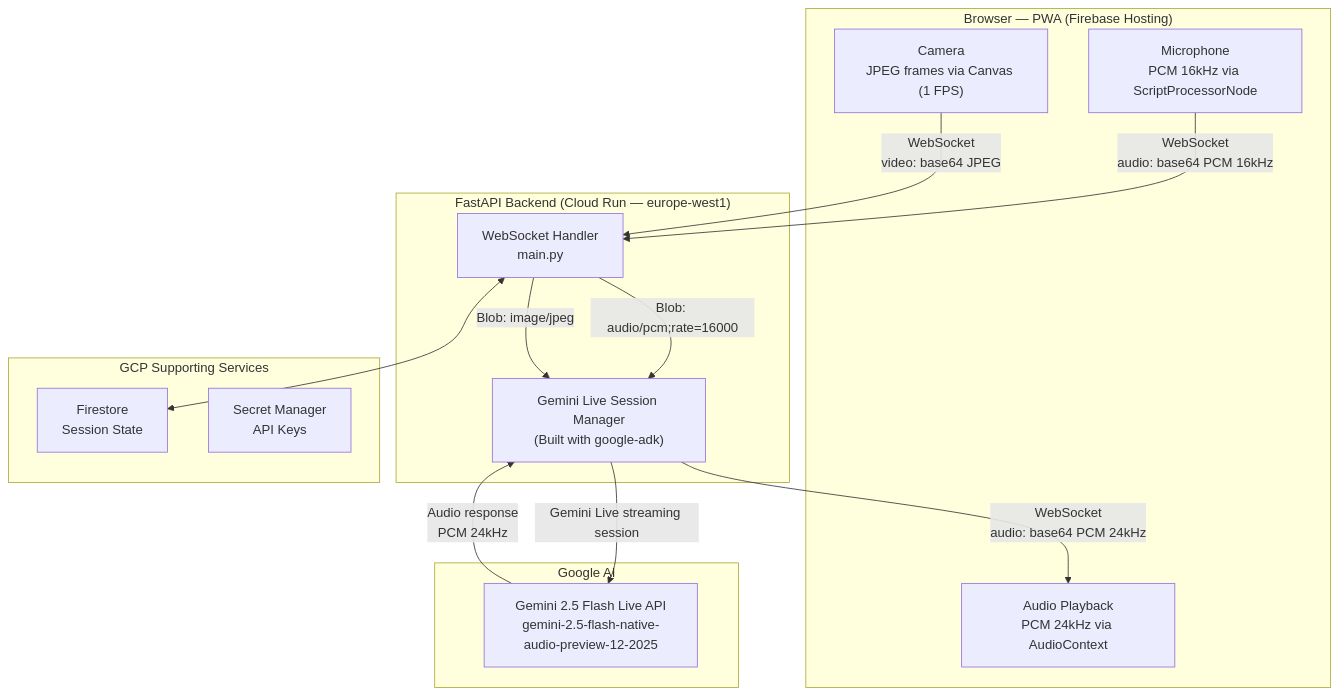
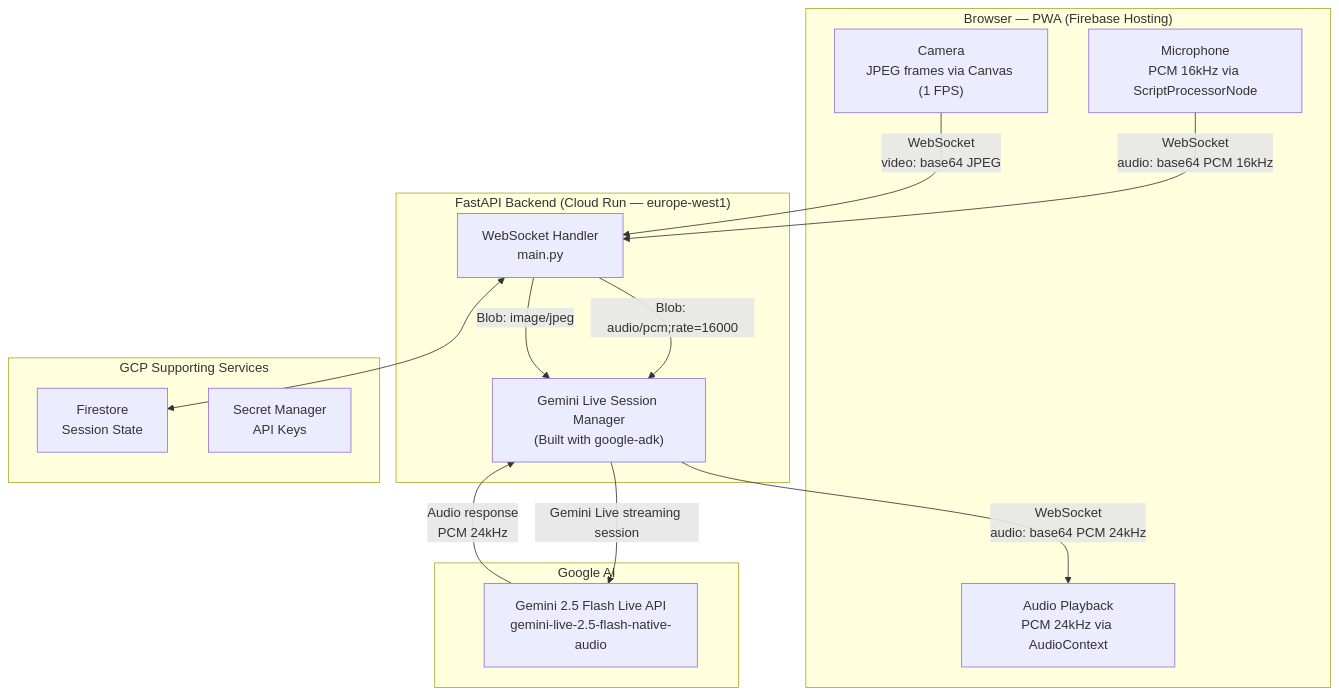
Before and after one commit to luistatera/SeeMeTutor: the diagram in README.md, drawn with Mermaid. The commit also changed other lines of this file and 45 other files, not shown here.

````diff
--- a/README.md
+++ b/README.md
@@ -52,31 +55,31 @@
 ```mermaid
 flowchart TD
     subgraph Browser["Browser — PWA (Firebase Hosting)"]
         MIC["Microphone\nPCM 16kHz via ScriptProcessorNode"]
         CAM["Camera\nJPEG frames via Canvas (1 FPS)"]
         PLAY["Audio Playback\nPCM 24kHz via AudioContext"]
     end
 
     subgraph Backend["FastAPI Backend (Cloud Run — europe-west1)"]
         WS["WebSocket Handler\nmain.py"]
         GL["Gemini Live Session Manager\n(Built with google-adk)"]
     end
 
     subgraph Google["Google AI"]
-        GEMINI["Gemini 2.5 Flash Live API\ngemini-2.5-flash-native-audio-preview-12-2025"]
+        GEMINI["Gemini 2.5 Flash Live API\ngemini-live-2.5-flash-native-audio"]
     end
 
     subgraph GCP["GCP Supporting Services"]
         FS["Firestore\nSession State"]
         SM["Secret Manager\nAPI Keys"]
     end
 
     MIC -- "WebSocket\naudio: base64 PCM 16kHz" --> WS
     CAM -- "WebSocket\nvideo: base64 JPEG" --> WS
     WS -- "Blob: audio/pcm;rate=16000" --> GL
     WS -- "Blob: image/jpeg" --> GL
     GL -- "Gemini Live streaming session" --> GEMINI
     GEMINI -- "Audio response\nPCM 24kHz" --> GL
     GL -- "WebSocket\naudio: base64 PCM 24kHz" --> PLAY
     WS <--> FS
 ```
````
